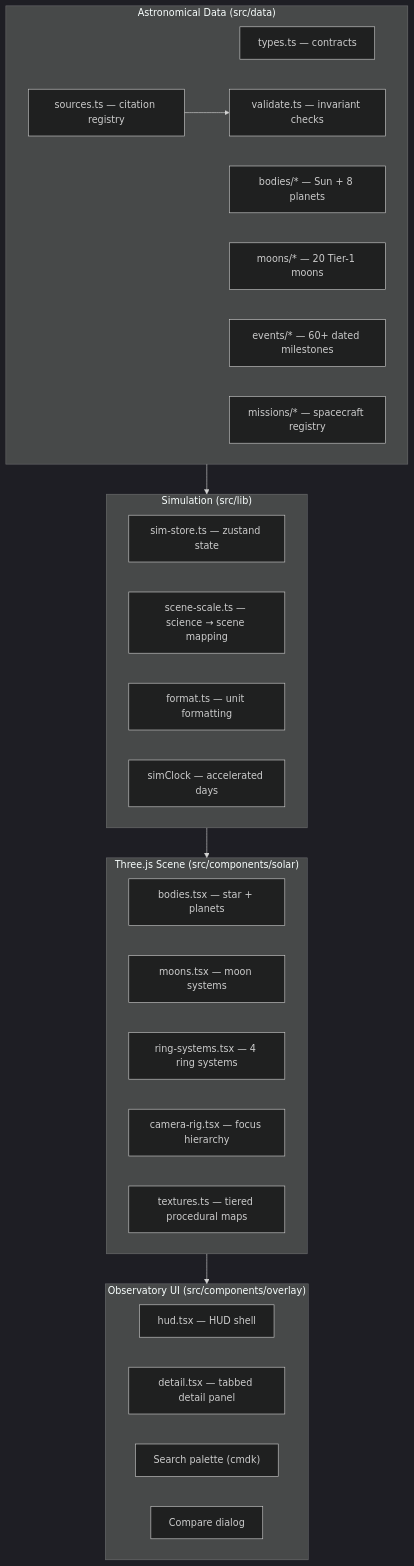
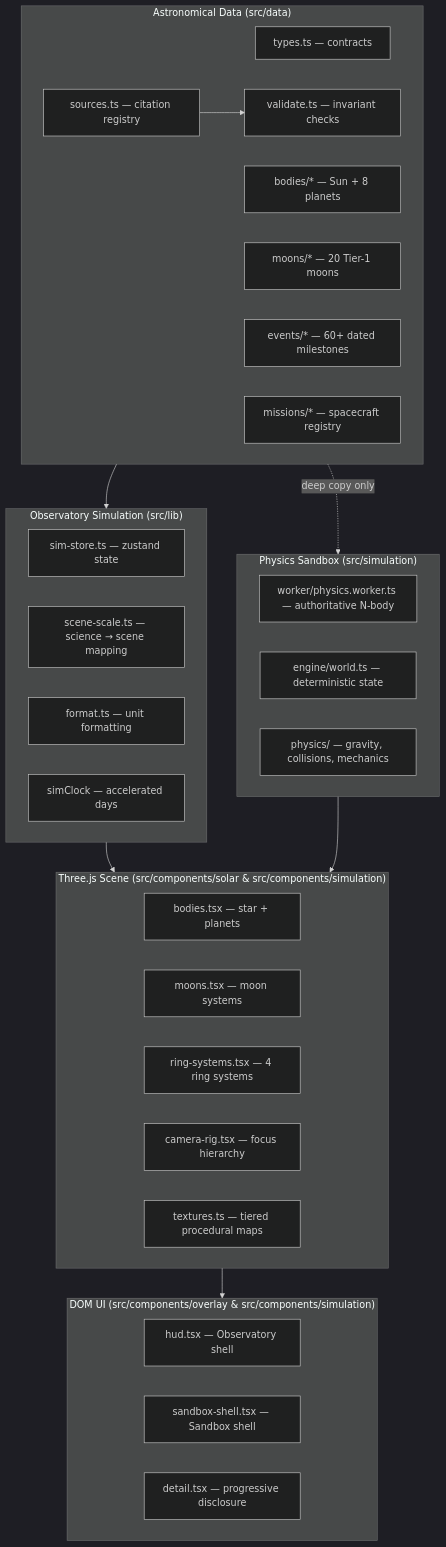
The diagram in docs/ARCHITECTURE.md (spearchucker667/Helios-Observatory), drawn with Mermaid (dark theme) before and after one commit. The commit also changed other lines of this file and 65 other files, not shown here.

Commit message:
feat: complete interactive astrophysical sandbox physics implementation (Phases 1-10)

````diff
--- a/docs/ARCHITECTURE.md
+++ b/docs/ARCHITECTURE.md
@@ -7,35 +7,41 @@
 ```mermaid
 flowchart TD
     subgraph Data["Astronomical Data (src/data)"]
         T["types.ts — contracts"]
         B["bodies/* — Sun + 8 planets"]
         M["moons/* — 20 Tier-1 moons"]
         E["events/* — 60+ dated milestones"]
         MI["missions/* — spacecraft registry"]
         S["sources.ts — citation registry"]
         V["validate.ts — invariant checks"]
     end
-    subgraph Sim["Simulation (src/lib)"]
+    subgraph ObservatorySim["Observatory Simulation (src/lib)"]
         ST["sim-store.ts — zustand state"]
         SC["scene-scale.ts — science → scene mapping"]
         F["format.ts — unit formatting"]
         CLK["simClock — accelerated days"]
     end
-    subgraph Scene["Three.js Scene (src/components/solar)"]
+    subgraph PhysicsSandbox["Physics Sandbox (src/simulation)"]
+        SW["worker/physics.worker.ts — authoritative N-body"]
+        SE["engine/world.ts — deterministic state"]
+        SP["physics/ — gravity, collisions, mechanics"]
+    end
+    subgraph Scene["Three.js Scene (src/components/solar & src/components/simulation)"]
         BODY["bodies.tsx — star + planets"]
         MOON["moons.tsx — moon systems"]
         RING["ring-systems.tsx — 4 ring systems"]
         CAM["camera-rig.tsx — focus hierarchy"]
         TEX["textures.ts — tiered procedural maps"]
     end
-    subgraph UI["Observatory UI (src/components/overlay)"]
-        HUD["hud.tsx — HUD shell"]
-        DET["detail.tsx — tabbed detail panel"]
-        SRCH["Search palette (cmdk)"]
-        CMP["Compare dialog"]
+    subgraph UI["DOM UI (src/components/overlay & src/components/simulation)"]
+        HUD["hud.tsx — Observatory shell"]
+        SANDBOX["sandbox-shell.tsx — Sandbox shell"]
+        DET["detail.tsx — progressive disclosure"]
     end
-    Data --> Sim
-    Sim --> Scene
+    Data --> ObservatorySim
+    Data -.->|deep copy only| PhysicsSandbox
+    ObservatorySim --> Scene
+    PhysicsSandbox --> Scene
     Scene --> UI
     S --> V
 ```
````
